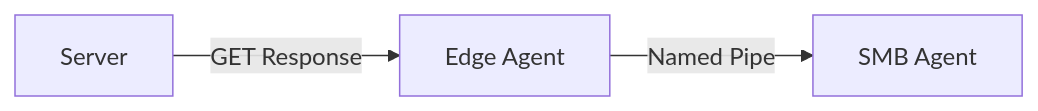
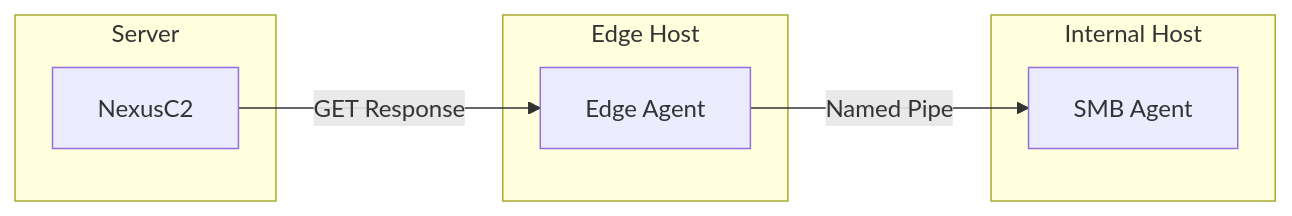
Before and after one commit to seahop/NexusC2: the second of 3 diagrams in website/content/docs/linked-agents.md, drawn with Mermaid. The commit also changed other lines of this file and 21 other files, not shown here.

```diff
--- a/website/content/docs/linked-agents.md
+++ b/website/content/docs/linked-agents.md
@@ -167,5 +168,15 @@
 {{< mermaid >}}
 flowchart LR
-    SRV[Server] -->|GET Response| EDGE[Edge Agent]
-    EDGE -->|Named Pipe| SMB[SMB Agent]
+    subgraph Server
+        SRV[NexusC2]
+    end
+    subgraph Edge["Edge Host"]
+        EDGE[Edge Agent]
+    end
+    subgraph Internal["Internal Host"]
+        SMB[SMB Agent]
+    end
+
+    SRV -->|GET Response| EDGE
+    EDGE -->|Named Pipe| SMB
 {{< /mermaid >}}
```
